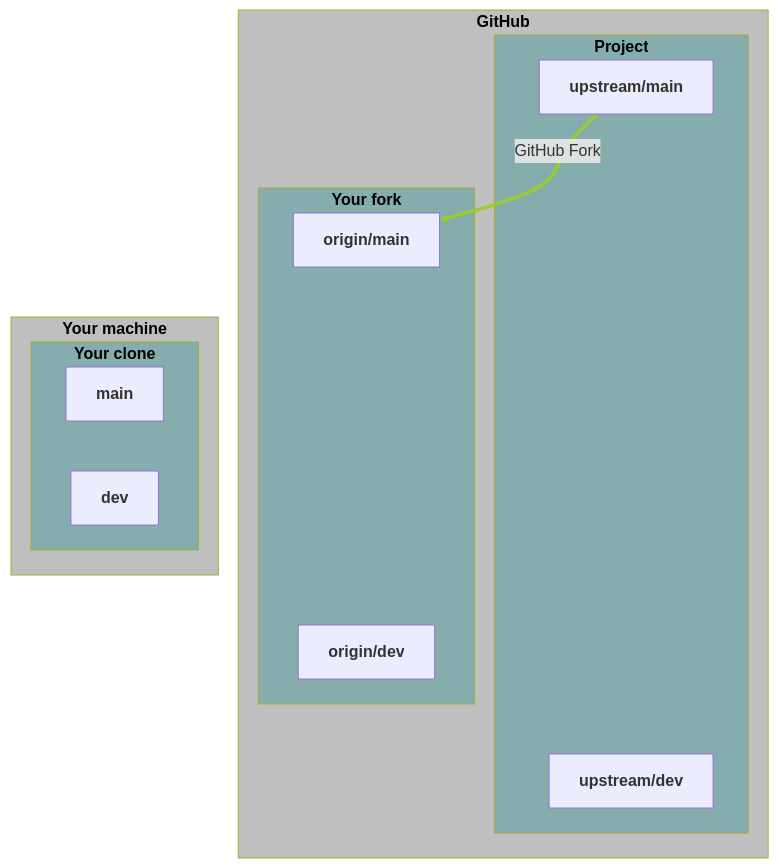
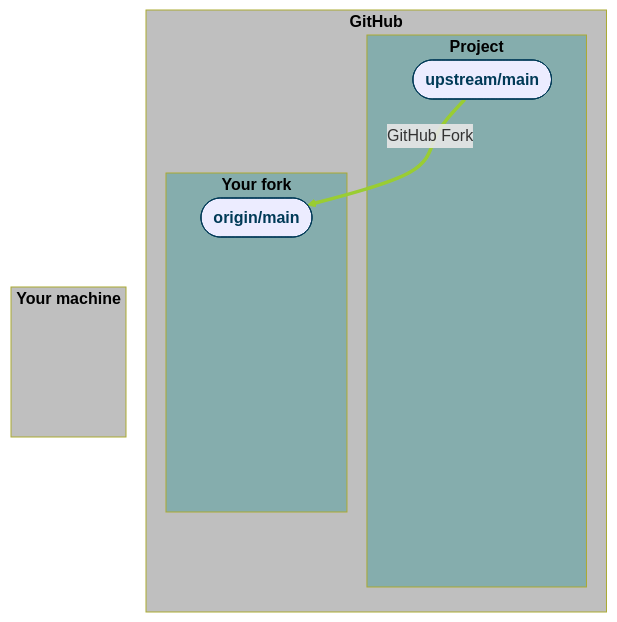
The fourth of 12 diagrams in git/col_pr.qmd (WestDRI/arc-training), drawn with Mermaid before and after one commit. The commit also changed other lines of this file, not shown here.

Commit message:
improve GitHub PR workflow mermaid diagrams

````diff
--- a/git/col_pr.qmd
+++ b/git/col_pr.qmd
@@ -143,45 +197,47 @@
 ```{mermaid}
 %%| echo: false
 flowchart TD
-  subgraph gh["<b>GitHub</b>"]
-    subgraph project["<b>Project</b>"]
-      upstream/main["<b>upstream/main</b>"]
-      upstream/dev["<b>upstream/dev</b>"]
+  subgraph gh["<b>GitHub</b>"];
+    subgraph project["<b>Project</b>"];
+      upstream/main(["<b>upstream/main</b>"]);
+      upstream/dev(["<b>upstream/dev</b>"]);
     end
-    subgraph fork["<b>Your fork</b>"]
-      origin/main["<b>origin/main</b>"]
-      origin/dev["<b>origin/dev</b>"]
+    subgraph fork["<b>Your fork</b>"];
+      origin/main(["<b>origin/main</b>"]);
+      origin/dev(["<b>origin/dev</b>"]);
     end
   end
-  subgraph local["<b>Your machine</b>"]
-    subgraph clone["<b>Your clone</b>"]
-      main["<b>main</b>"]
-      dev["<b>dev</b>"]
+  subgraph local["<b>Your machine</b>"];
+    subgraph clone["<b>Your clone</b>"];
+      main(["<b>main</b>"]);
+      dev(["<b>dev</b>"]);
     end
   end
 
+  classDef hidden display: none;
   classDef location fill:#bfbfbf, color:#000;
   class gh location;
   class local location;
   classDef repo fill:#85adad, color:#000;
   class project repo;
   class fork repo;
-  class clone repo;
+  class clone hidden;
+  classDef branchmain color:#003a57, stroke:#003a57;
+  class upstream/main branchmain;
+  class upstream/dev hidden;
+  class origin/main branchmain;
+  class origin/dev hidden;
+  class main hidden;
+  class dev hidden;
 
   upstream/main == GitHub Fork ==>  origin/main
   origin/main ~~~ main
   upstream/main ~~~ main
   main ~~~ origin/main
   main ~~~ dev
   dev ~~~ origin/dev
   origin/dev ~~~ upstream/dev
   upstream/dev ~~~ upstream/main
 
   linkStyle 0 stroke:YellowGreen;
-  linkStyle 1 stroke:YellowGreen, color:magenta;
-  linkStyle 2 stroke:goldenrod, color:magenta;
-  linkStyle 3 stroke:sienna, color:magenta;
-  linkStyle 4 stroke:goldenrod, color:magenta;
-  linkStyle 5 stroke:goldenrod, color:magenta;
-  linkStyle 6 stroke:goldenrod;
 ```
````
